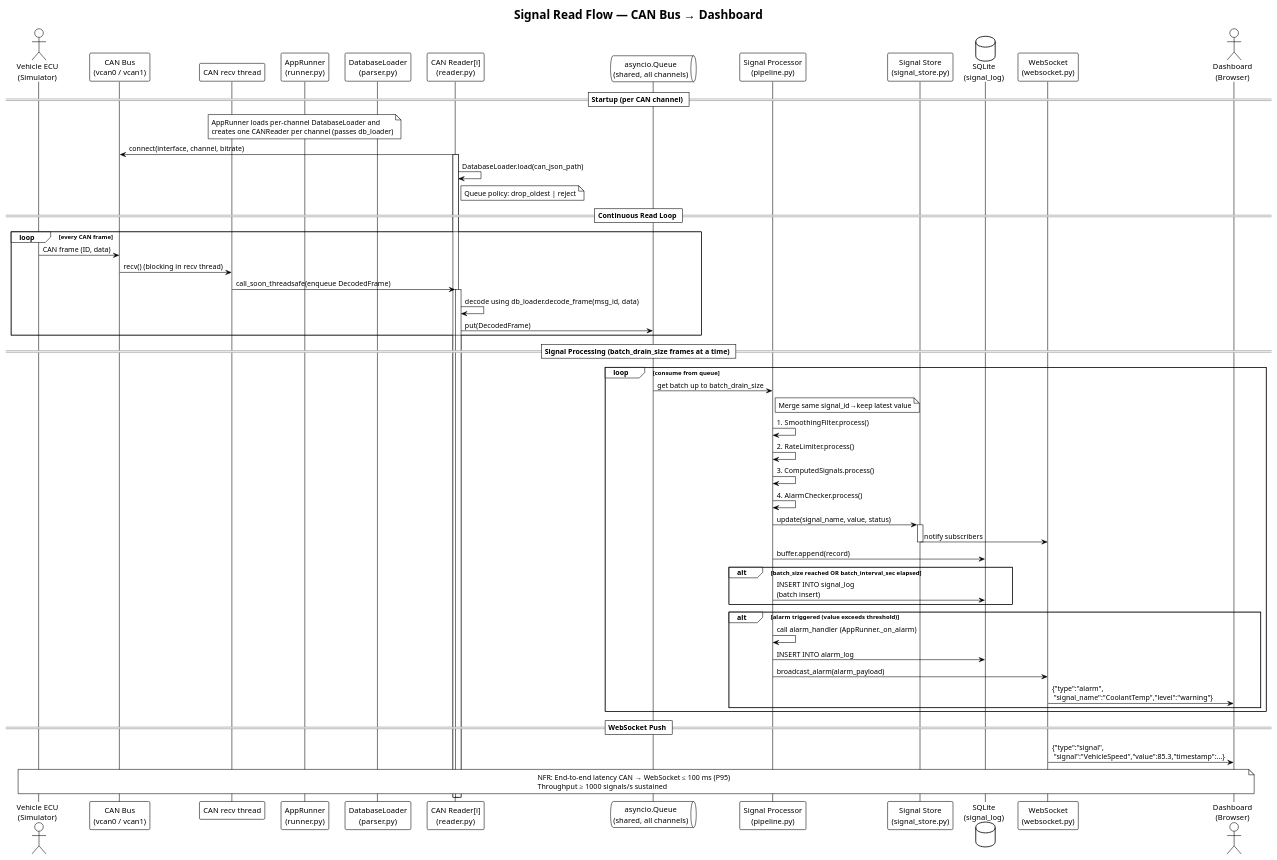
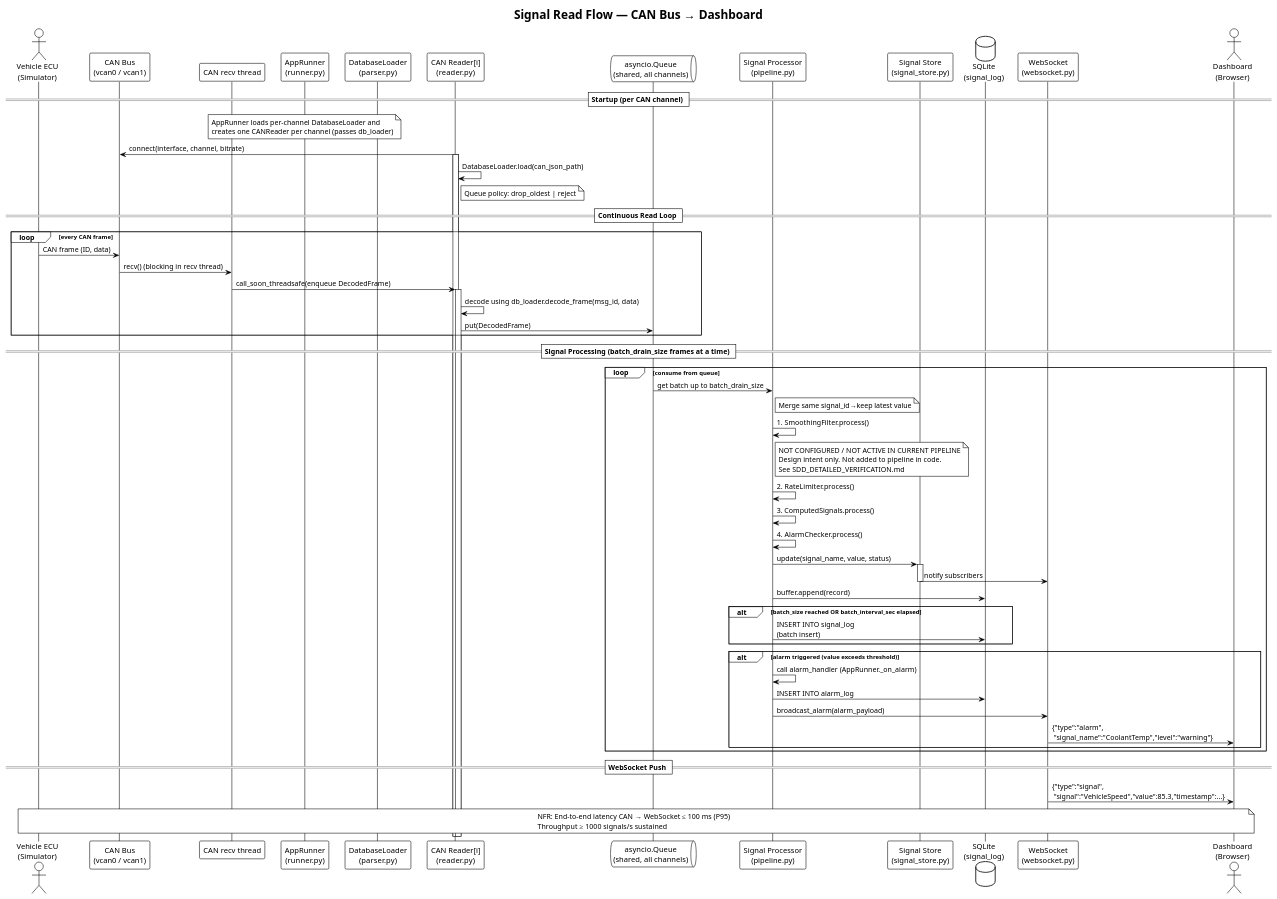
One commit to 3tdn/car-hmi changed the diagram in diagram/SDD/SDD_sequence_signal_read.puml. Above: the diagram before and after it, drawn with PlantUML. The commit also changed 9 other files, not shown here.

Commit message:
update SAD and SDD sequence diagrams (part 2)

```diff
--- a/diagram/SDD/SDD_sequence_signal_read.puml
+++ b/diagram/SDD/SDD_sequence_signal_read.puml
@@ -1,73 +1,78 @@
 @startuml Sequence - Signal Read Flow
 !theme plain
 title Signal Read Flow — CAN Bus → Dashboard
 
 actor "Vehicle ECU\n(Simulator)" as ecu
 participant "CAN Bus\n(vcan0 / vcan1)" as bus
 participant "CAN recv thread" as recv_thread
 participant "AppRunner\n(runner.py)" as runner
 participant "DatabaseLoader\n(parser.py)" as parser
 participant "CAN Reader[i]\n(reader.py)" as reader
 queue "asyncio.Queue\n(shared, all channels)" as q
 participant "Signal Processor\n(pipeline.py)" as proc
 participant "Signal Store\n(signal_store.py)" as store
 database "SQLite\n(signal_log)" as db
 participant "WebSocket\n(websocket.py)" as ws
 actor "Dashboard\n(Browser)" as dash
 
 == Startup (per CAN channel) ==
 note over runner
   AppRunner loads per-channel DatabaseLoader and
   creates one CANReader per channel (passes db_loader)
 end note
 reader -> bus : connect(interface, channel, bitrate)
 activate reader
 reader -> reader : DatabaseLoader.load(can_json_path)
 note right of reader : Queue policy: drop_oldest | reject
 
 == Continuous Read Loop ==
 loop every CAN frame
     ecu -> bus : CAN frame (ID, data)
     bus -> recv_thread : recv() (blocking in recv thread)
     recv_thread -> reader : call_soon_threadsafe(enqueue DecodedFrame)
     activate reader
     reader -> reader : decode using db_loader.decode_frame(msg_id, data)
     reader -> q : put(DecodedFrame)
 end
 
 == Signal Processing (batch_drain_size frames at a time) ==
 loop consume from queue
     q -> proc : get batch up to batch_drain_size
     note right of proc : Merge same signal_id→keep latest value
     proc -> proc : 1. SmoothingFilter.process()
+    note right of proc
+      NOT CONFIGURED / NOT ACTIVE IN CURRENT PIPELINE
+      Design intent only. Not added to pipeline in code.
+      See SDD_DETAILED_VERIFICATION.md
+    end note
     proc -> proc : 2. RateLimiter.process()
     proc -> proc : 3. ComputedSignals.process()
     proc -> proc : 4. AlarmChecker.process()
     
     proc -> store : update(signal_name, value, status)
     activate store
     store -> ws : notify subscribers
     deactivate store
     
     proc -> db : buffer.append(record)
     alt batch_size reached OR batch_interval_sec elapsed
         proc -> db : INSERT INTO signal_log\n(batch insert)
     end
 
     alt alarm triggered (value exceeds threshold)
         proc -> proc : call alarm_handler (AppRunner._on_alarm)
         proc -> db : INSERT INTO alarm_log
         proc -> ws : broadcast_alarm(alarm_payload)
         ws -> dash : {"type":"alarm",\n "signal_name":"CoolantTemp","level":"warning"}
     end
 end
 
 == WebSocket Push ==
 ws -> dash : {"type":"signal",\n "signal":"VehicleSpeed","value":85.3,"timestamp":...}
 
 note over ecu, dash
   NFR: End-to-end latency CAN → WebSocket ≤ 100 ms (P95)
   Throughput ≥ 1000 signals/s sustained
 end note
 
 @enduml
```
